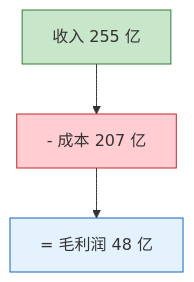
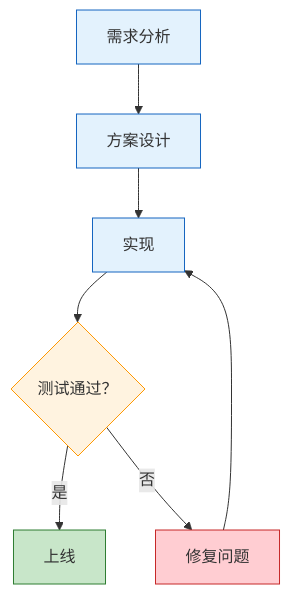
Before and after one commit to dave-wind/md-format-skill: the diagram in SKILL.md, drawn with Mermaid. The commit also changed other lines of this file and 1 other file, not shown here.

````diff
--- a/SKILL.md
+++ b/SKILL.md
@@ -89,9 +91,16 @@
 ```mermaid
 flowchart TD
-    A["收入 255 亿"] --> B["- 成本 207 亿"]
-    B --> C["= 毛利润 48 亿"]
+    A["需求分析"] --> B["方案设计"]
+    B --> C["实现"]
+    C --> D{"测试通过？"}
+    D -->|是| E["上线"]
+    D -->|否| F["修复问题"]
+    F --> C
 
-    style A fill:#C8E6C9,stroke:#2E7D32
-    style B fill:#FFCDD2,stroke:#c62828
+    style A fill:#E3F2FD,stroke:#1565C0
+    style B fill:#E3F2FD,stroke:#1565C0
     style C fill:#E3F2FD,stroke:#1565C0
+    style D fill:#FFF3E0,stroke:#FF9800
+    style E fill:#C8E6C9,stroke:#2E7D32
+    style F fill:#FFCDD2,stroke:#c62828
 ```
````
